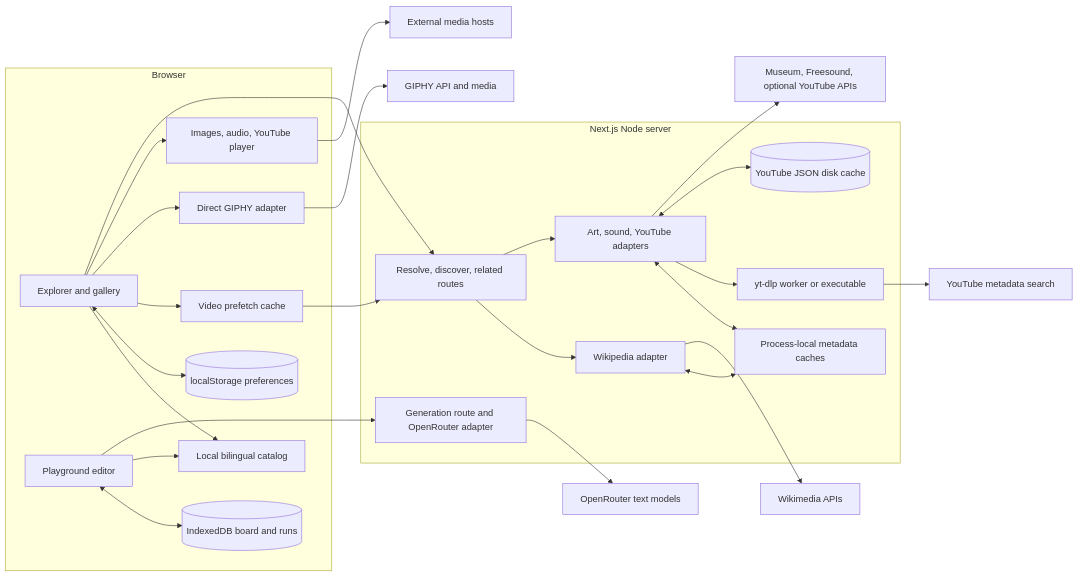
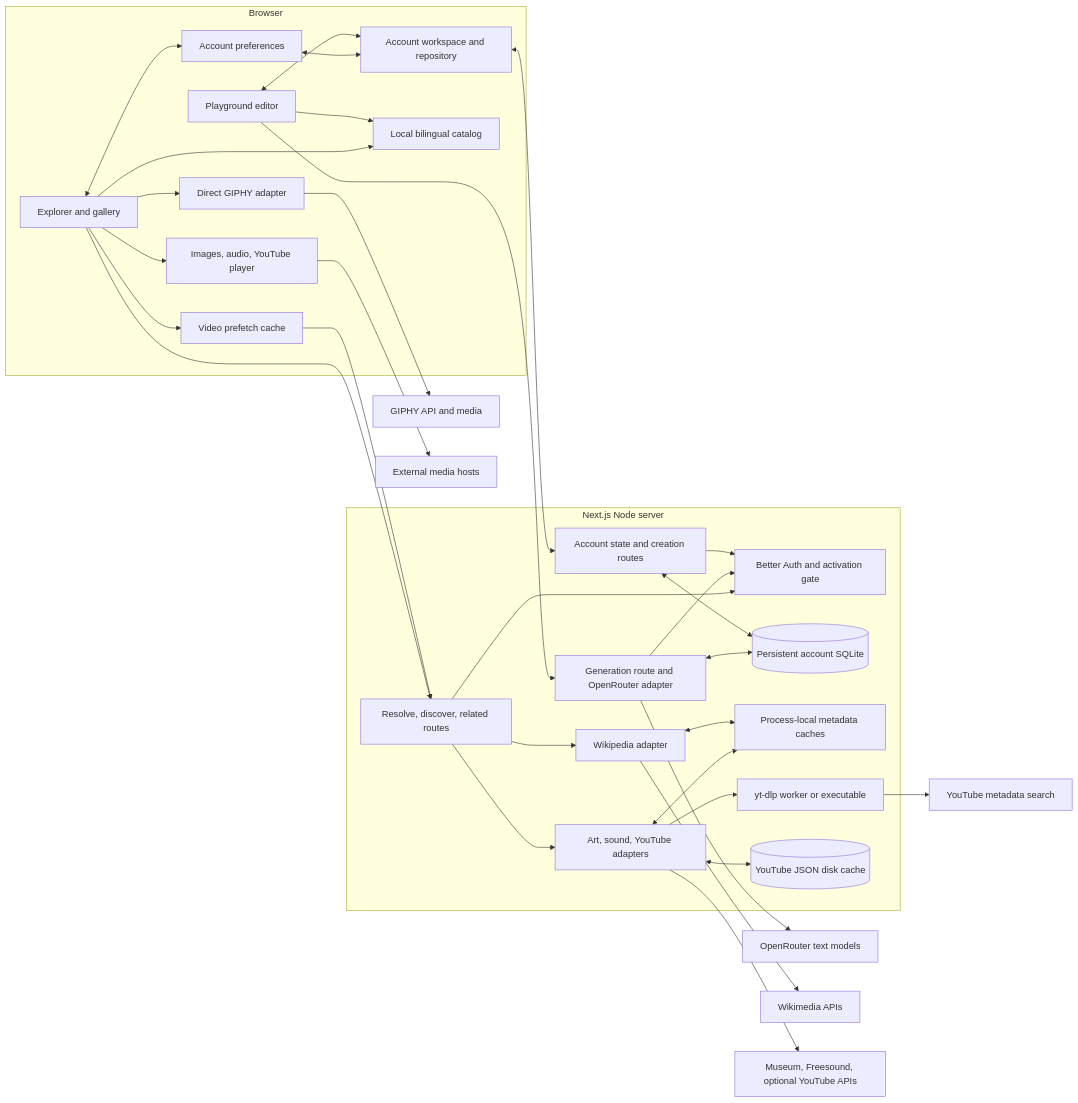
Before and after one commit to juandarr/emoji-dream-maker: the first of 6 diagrams in docs/architecture-overview.md, drawn with Mermaid. The commit also changed other lines of this file and 74 other files, not shown here.

Commit message:
Add user accounts and persistent creation workspaces

````diff
--- a/docs/architecture-overview.md
+++ b/docs/architecture-overview.md
@@ -19,44 +19,54 @@
 ```mermaid
 flowchart LR
   subgraph Browser[Browser]
     UI[Explorer and gallery]
     PG[Playground editor]
-    BOARDS[(IndexedDB board and runs)]
-    PG <--> BOARDS
+    WORK[Account workspace and repository]
+    PG <--> WORK
     PG --> CAT
     CAT[Local bilingual catalog]
-    PREF[(localStorage preferences)]
+    PREF[Account preferences]
     VC[Video prefetch cache]
     GIF[Direct GIPHY adapter]
     PLAY[Images, audio, YouTube player]
     UI --> CAT
     UI <--> PREF
+    PREF <--> WORK
     UI --> VC
     UI --> GIF
     UI --> PLAY
   end
   subgraph Server[Next.js Node server]
+    AUTH[Better Auth and activation gate]
+    DATA[Account state and creation routes]
+    DB[(Persistent account SQLite)]
+    WORK <--> DATA
+    DATA --> AUTH
+    DATA <--> DB
     GEN[Generation route and OpenRouter adapter]
+    GEN --> AUTH
+    GEN <--> DB
     API[Resolve, discover, related routes]
     WIKI[Wikipedia adapter]
     MEDIA[Art, sound, YouTube adapters]
     CACHE[Process-local metadata caches]
     YT[yt-dlp worker or executable]
     DISK[(YouTube JSON disk cache)]
+    API --> AUTH
     API --> WIKI
     API --> MEDIA
     WIKI <--> CACHE
     MEDIA <--> CACHE
     MEDIA --> YT
     MEDIA <--> DISK
   end
   PG --> GEN
   GEN --> OR[OpenRouter text models]
   VC --> API
   UI --> API
   WIKI --> WM[Wikimedia APIs]
   MEDIA --> EXT[Museum, Freesound, optional YouTube APIs]
   YT --> YOUTUBE[YouTube metadata search]
   GIF --> GIPHY[GIPHY API and media]
   PLAY --> CDN[External media hosts]
 ```
````
